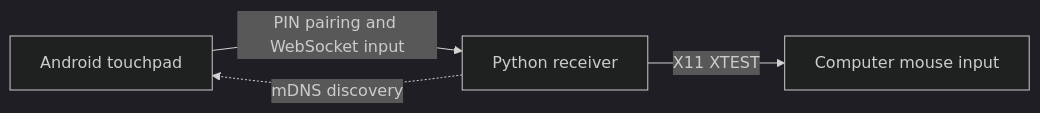
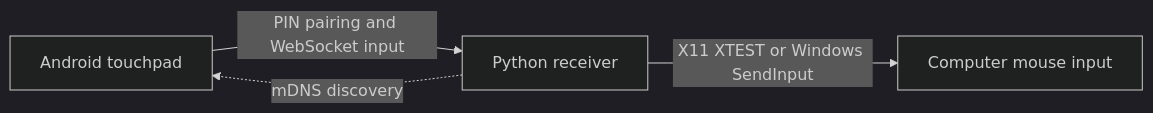
The diagram in README.md (Partido-De-What/lanpad), drawn with Mermaid (dark theme) before and after one commit. The commit also changed other lines of this file and 15 other files, not shown here.

````diff
--- a/README.md
+++ b/README.md
@@ -43,6 +46,6 @@
 ```mermaid
 flowchart LR
     Phone[Android touchpad] -->|PIN pairing and WebSocket input| Receiver[Python receiver]
-    Receiver -->|X11 XTEST| Mouse[Computer mouse input]
+    Receiver -->|X11 XTEST or Windows SendInput| Mouse[Computer mouse input]
     Receiver -.->|mDNS discovery| Phone
 ```
````
